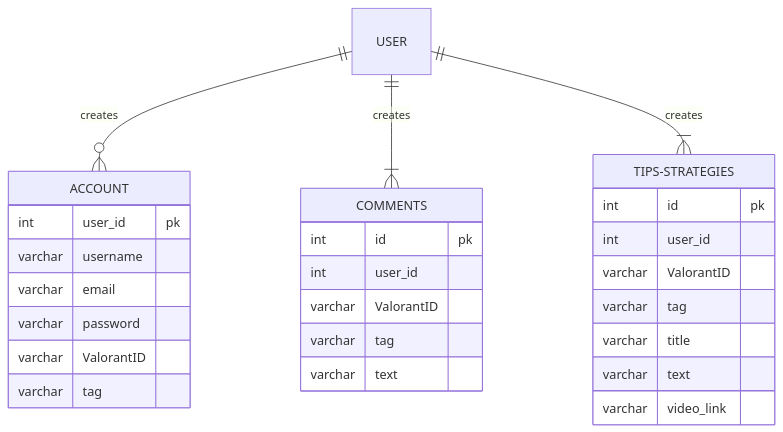
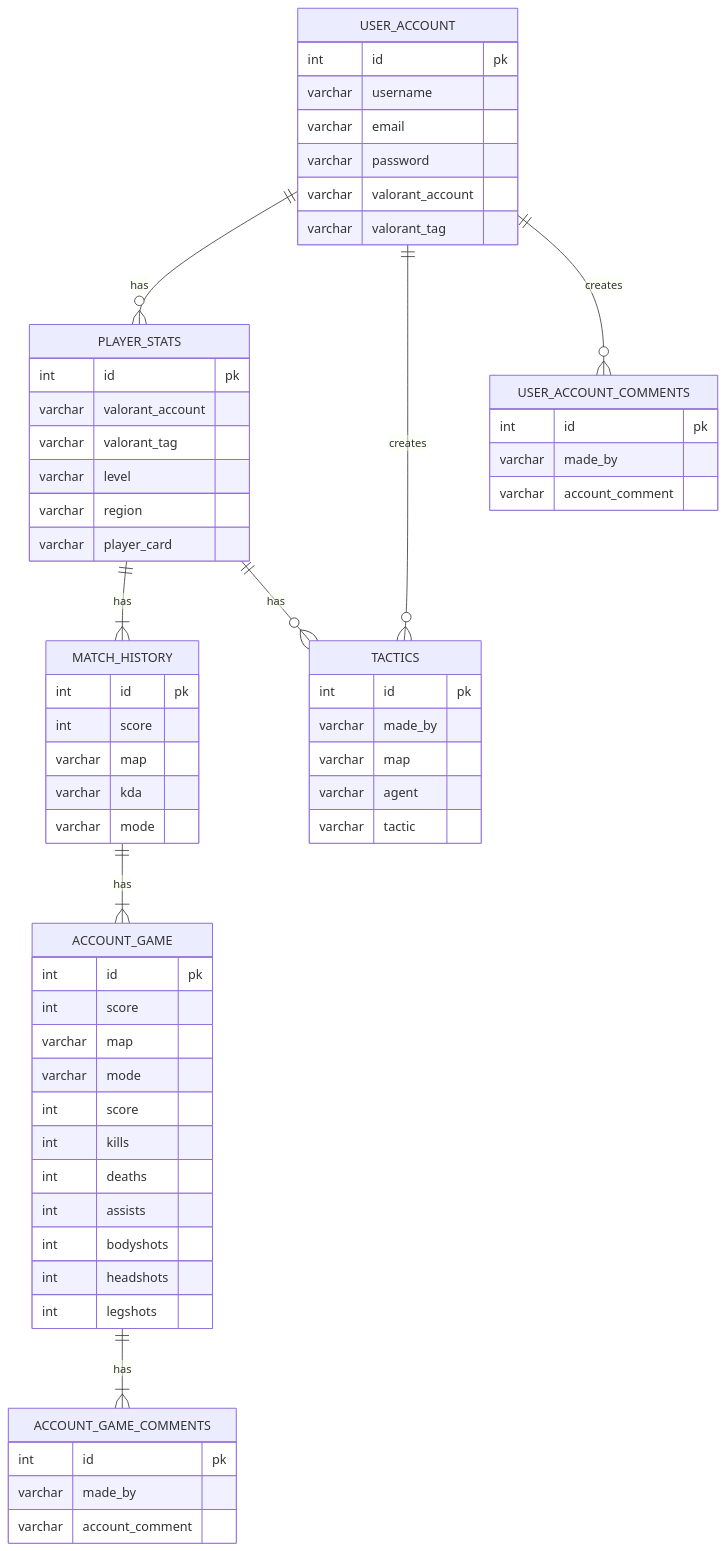
Before and after one commit to MarianoUnosquare17/imspector-vuejs: the second of 2 diagrams in README.md, drawn with Mermaid. The commit also changed other lines of this file, not shown here.

Commit message:
updated erd

````diff
--- a/README.md
+++ b/README.md
@@ -42,32 +42,64 @@
 ```mermaid
 erDiagram
-    USER ||--o{ ACCOUNT : creates
-    ACCOUNT {
-        int user_id pk
+    USER_ACCOUNT ||--o{ PLAYER_STATS : has
+    USER_ACCOUNT {
+        int id pk
         varchar username
         varchar email
         varchar password
-        varchar ValorantID
-        varchar tag
+        varchar valorant_account
+        varchar valorant_tag
     }
-    USER ||--|{ COMMENTS : creates
-    COMMENTS {
+        PLAYER_STATS {
         int id pk
-        int user_id
-        varchar ValorantID
-        varchar tag
-        varchar text
+        varchar valorant_account
+        varchar valorant_tag
+        varchar level
+        varchar region
+        varchar player_card
     }
+    PLAYER_STATS ||--|{ MATCH_HISTORY : has
 
-        USER ||--|{ TIPS-STRATEGIES : creates
-    TIPS-STRATEGIES {
+    MATCH_HISTORY{
         int id pk
-        int user_id
-        varchar ValorantID
-        varchar tag
-        varchar title
-        varchar text
-        varchar video_link
+        int score
+        varchar map
+        varchar kda
+        varchar mode
     }
-
+    MATCH_HISTORY ||--|{ ACCOUNT_GAME : has
+    ACCOUNT_GAME{
+        int id pk
+        int score
+        varchar map
+        varchar mode
+        int score
+        int kills
+        int deaths
+        int assists
+        int bodyshots
+        int headshots
+        int legshots 
+    }
+    ACCOUNT_GAME ||--|{ ACCOUNT_GAME_COMMENTS : has
+    ACCOUNT_GAME_COMMENTS{
+        int id pk
+        varchar made_by
+        varchar account_comment
+    }
+    USER_ACCOUNT ||--o{ TACTICS : creates
+    TACTICS{
+        int id pk
+        varchar made_by
+        varchar map
+        varchar agent
+        varchar tactic
+    }
+    PLAYER_STATS ||--o{ TACTICS : has
+    USER_ACCOUNT ||--o{ USER_ACCOUNT_COMMENTS : creates
+        USER_ACCOUNT_COMMENTS{
+        int id pk
+        varchar made_by
+        varchar account_comment
+    }
 ```
````
